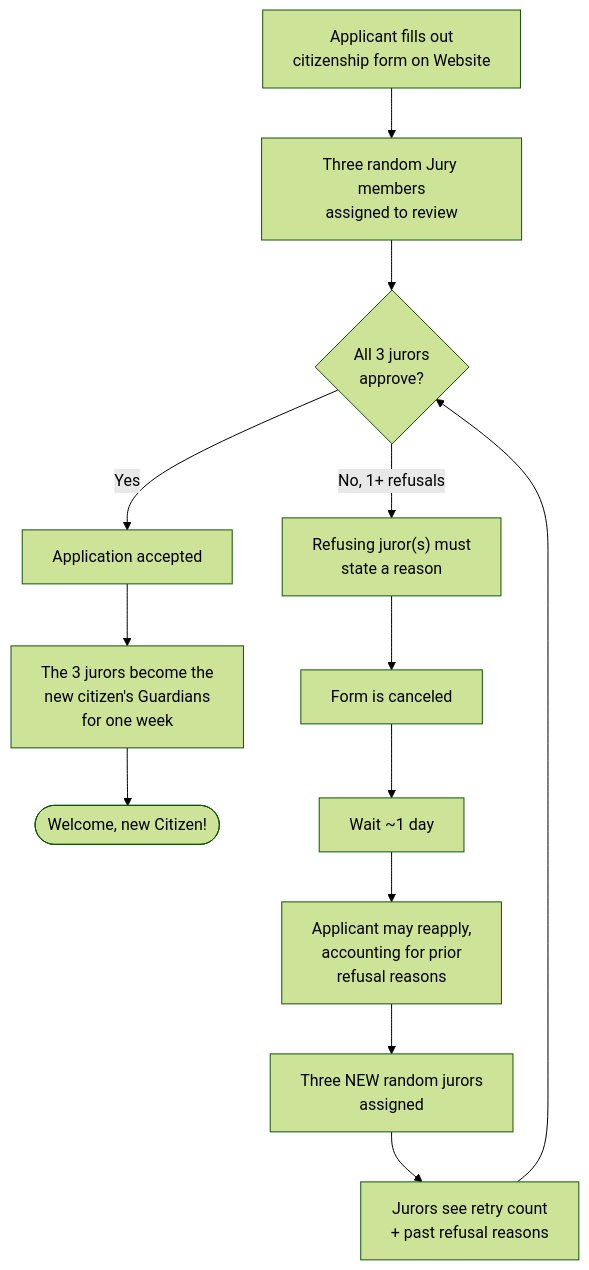
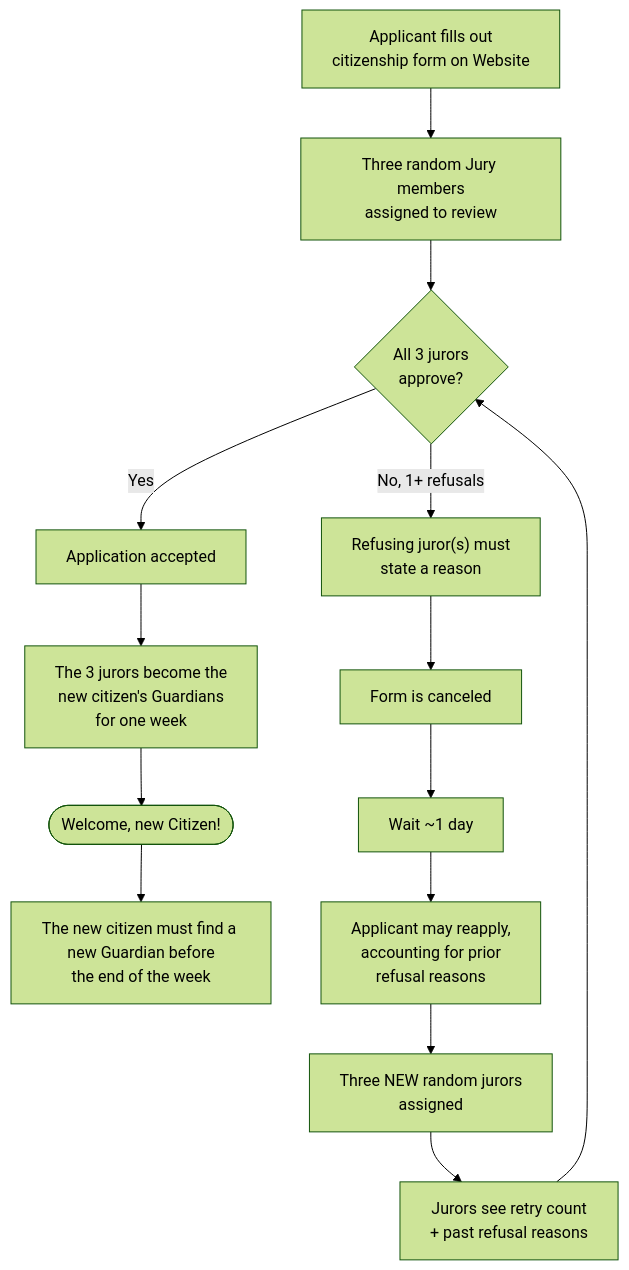
The diagram in Notes/Question/How to apply and get accepted for citizenship.md (Matoumatio/SnowFall-Nation), drawn with Mermaid (forest theme) before and after one commit.

Commit message:
Added guardian after first week

````diff
--- a/Notes/Question/How to apply and get accepted for citizenship.md
+++ b/Notes/Question/How to apply and get accepted for citizenship.md
@@ -19,17 +19,18 @@
 ```mermaid
 flowchart TD
     A["Applicant fills out\ncitizenship form on Website"] --> B["Three random Jury members\nassigned to review"]
     B --> C{"All 3 jurors\napprove?"}
 
     C -- "Yes" --> D["Application accepted"]
     D --> E["The 3 jurors become the\nnew citizen's Guardians\nfor one week"]
     E --> F(["Welcome, new Citizen!"])
+    F --> M["The new citizen must find a new Guardian before\nthe end of the week"]
 
     C -- "No, 1+ refusals" --> G["Refusing juror(s) must\nstate a reason"]
     G --> H["Form is canceled"]
     H --> I["Wait ~1 day"]
     I --> J["Applicant may reapply,\naccounting for prior\nrefusal reasons"]
     J --> K["Three NEW random jurors\nassigned"]
     K --> L["Jurors see retry count\n+ past refusal reasons"]
     L --> C
 ```
````
